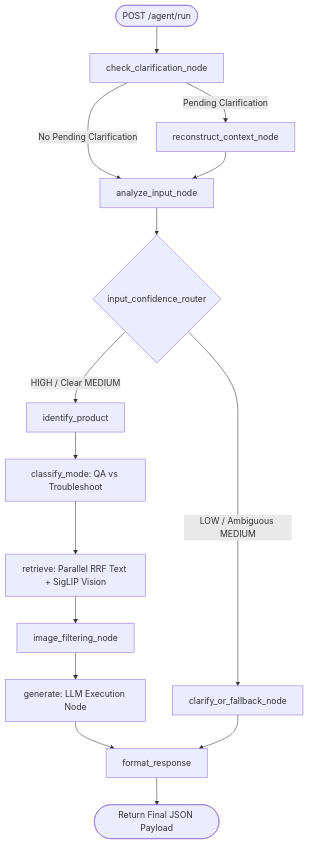
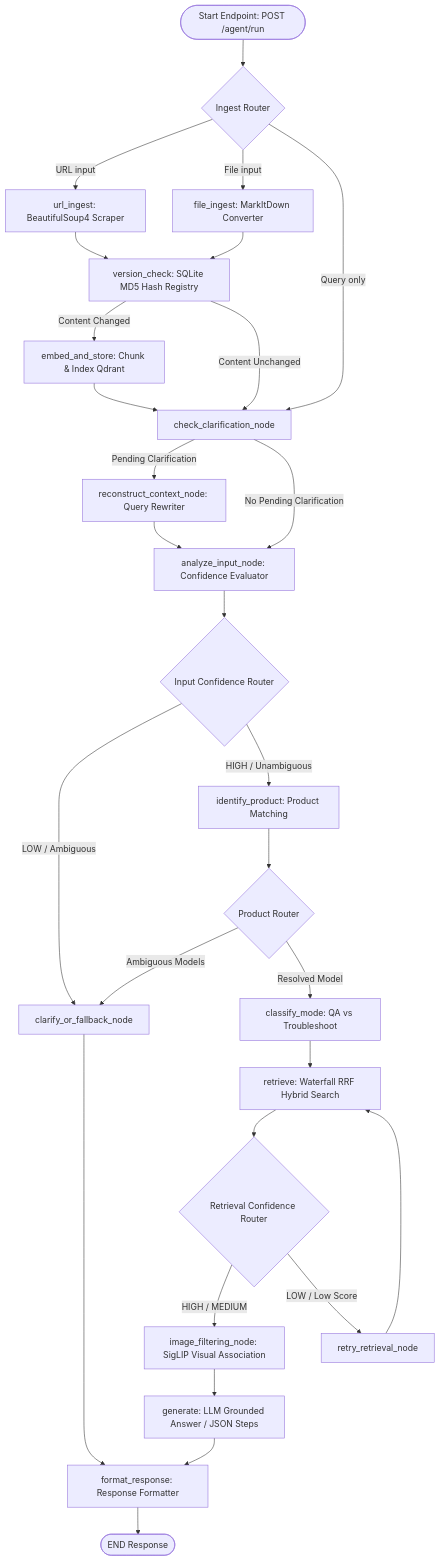
One commit to Santhosh-p653/rag-multimodal-assistant changed the third of 6 diagrams in architecture.md. Above: the diagram before and after it, drawn with Mermaid. The commit also changed other lines of this file and 2 other files, not shown here.

````diff
--- a/architecture.md
+++ b/architecture.md
@@ -197,22 +122,39 @@
 ```mermaid
 graph TD
-    Start([POST /agent/run]) --> CheckClar[check_clarification_node]
+    Start([Start Endpoint: POST /agent/run]) --> IngestRouter{Ingest Router}
     
-    CheckClar -->|Pending Clarification| Recon[reconstruct_context_node]
-    CheckClar -->|No Pending Clarification| Analyze[analyze_input_node]
+    IngestRouter -->|URL input| URL[url_ingest: BeautifulSoup4 Scraper]
+    IngestRouter -->|File input| File[file_ingest: MarkItDown Converter]
+    IngestRouter -->|Query only| CheckClar[check_clarification_node]
+    
+    URL --> VersionCheck[version_check: SQLite MD5 Hash Registry]
+    File --> VersionCheck
+    
+    VersionCheck -->|Content Changed| EmbedStore[embed_and_store: Chunk & Index Qdrant]
+    VersionCheck -->|Content Unchanged| CheckClar
+    EmbedStore --> CheckClar
+    
+    CheckClar -->|Pending Clarification| Recon[reconstruct_context_node: Query Rewriter]
+    CheckClar -->|No Pending Clarification| Analyze[analyze_input_node: Confidence Evaluator]
     Recon --> Analyze
     
-    Analyze --> Router{input_confidence_router}
-    Router -->|LOW / Ambiguous MEDIUM| Clarify[clarify_or_fallback_node]
-    Router -->|HIGH / Clear MEDIUM| ProductID[identify_product]
+    Analyze --> ConfRouter{Input Confidence Router}
+    ConfRouter -->|LOW / Ambiguous| ClarifyNode[clarify_or_fallback_node]
+    ConfRouter -->|HIGH / Unambiguous| IdentifyProd[identify_product: Product Matching]
     
-    ProductID --> Classify[classify_mode: QA vs Troubleshoot]
-    Classify --> Retrieve[retrieve: Parallel RRF Text + SigLIP Vision]
+    IdentifyProd --> ProdRouter{Product Router}
+    ProdRouter -->|Ambiguous Models| ClarifyNode
+    ProdRouter -->|Resolved Model| ClassifyMode[classify_mode: QA vs Troubleshoot]
     
-    Retrieve --> ImgFilter[image_filtering_node]
-    ImgFilter --> Gen[generate: LLM Execution Node]
+    ClassifyMode --> RetrieveNode[retrieve: Waterfall RRF Hybrid Search]
+    RetrieveNode --> RetrConfRouter{Retrieval Confidence Router}
     
-    Gen --> Format[format_response]
-    Clarify --> Format
-    Format --> End([Return Final JSON Payload])
+    RetrConfRouter -->|HIGH / MEDIUM| ImgFilterNode[image_filtering_node: SigLIP Visual Association]
+    RetrConfRouter -->|LOW / Low Score| RetryRetr[retry_retrieval_node]
+    
+    RetryRetr --> RetrieveNode
+    ImgFilterNode --> GenNode[generate: LLM Grounded Answer / JSON Steps]
+    ClarifyNode --> FormatNode[format_response: Response Formatter]
+    GenNode --> FormatNode
+    FormatNode --> End([END Response])
 ```
````
